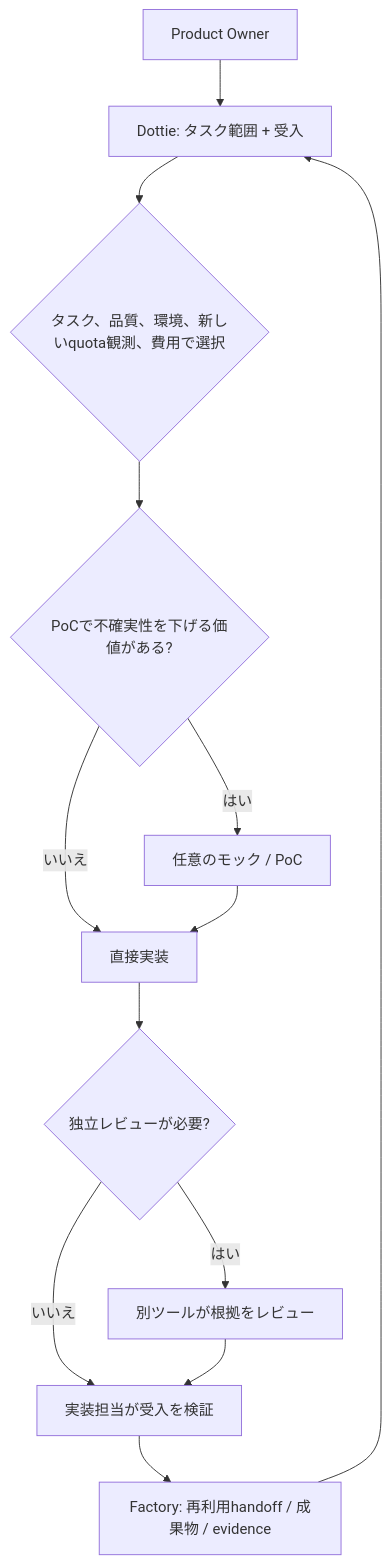
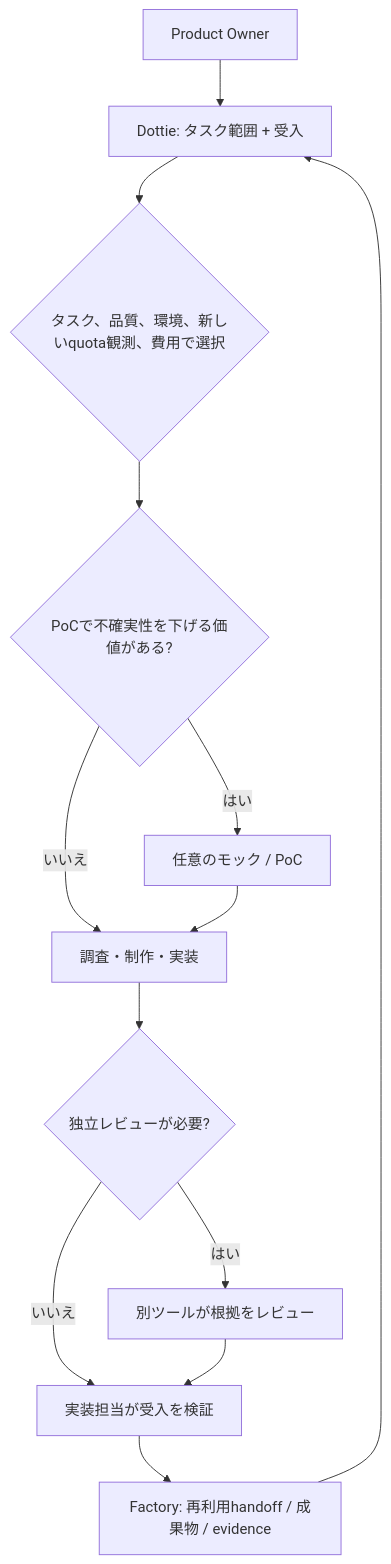
The diagram in docs/routing-guide.ja.md (moruku36/multi-ai-workflow), drawn with Mermaid before and after one commit. The commit also changed other lines of this file and 11 other files, not shown here.

````diff
--- a/docs/routing-guide.ja.md
+++ b/docs/routing-guide.ja.md
@@ -47,15 +67,15 @@
 ```mermaid
 flowchart TD
     U["Product Owner"] --> D["Dottie: タスク範囲 + 受入"]
     D --> C{"タスク、品質、環境、新しいquota観測、費用で選択"}
     C --> P{"PoCで不確実性を下げる価値がある?"}
     P -->|はい| M["任意のモック / PoC"]
-    P -->|いいえ| I["直接実装"]
+    P -->|いいえ| I["調査・制作・実装"]
     M --> I
     I --> V{"独立レビューが必要?"}
     V -->|はい| R["別ツールが根拠をレビュー"]
     V -->|いいえ| E["実装担当が受入を検証"]
     R --> E
     E --> F["Factory: 再利用handoff / 成果物 / evidence"]
     F --> D
 ```
````
